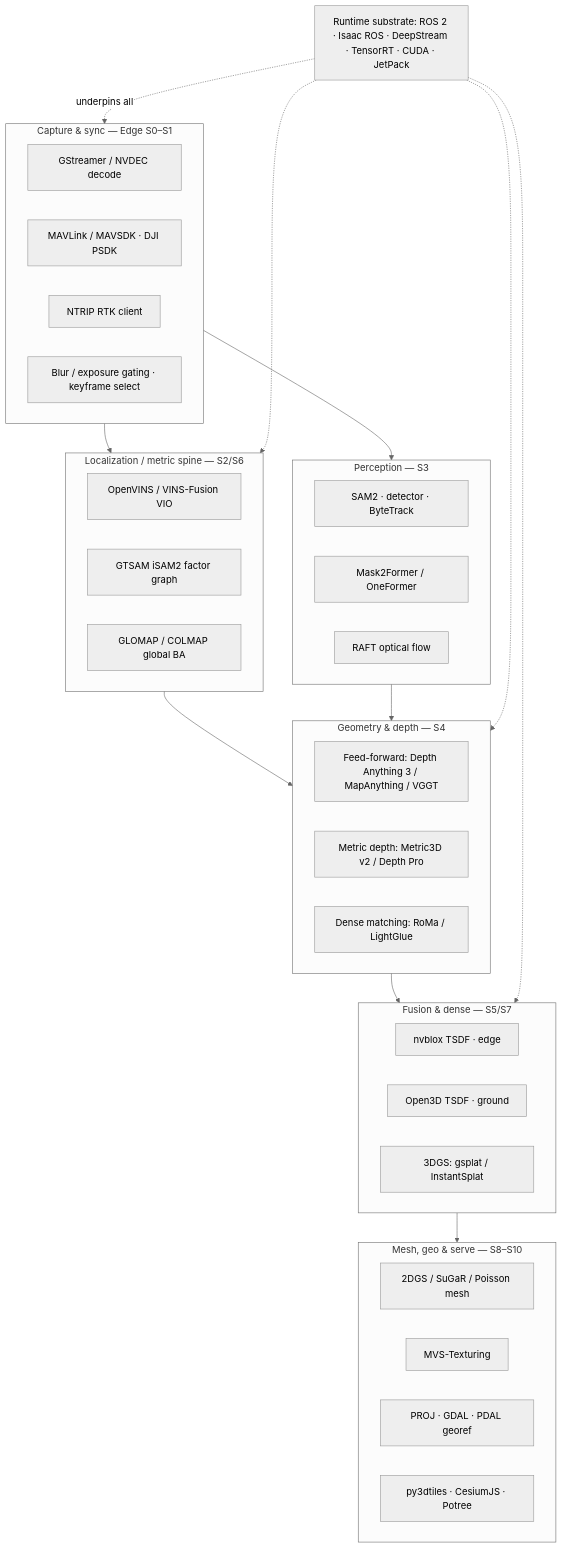
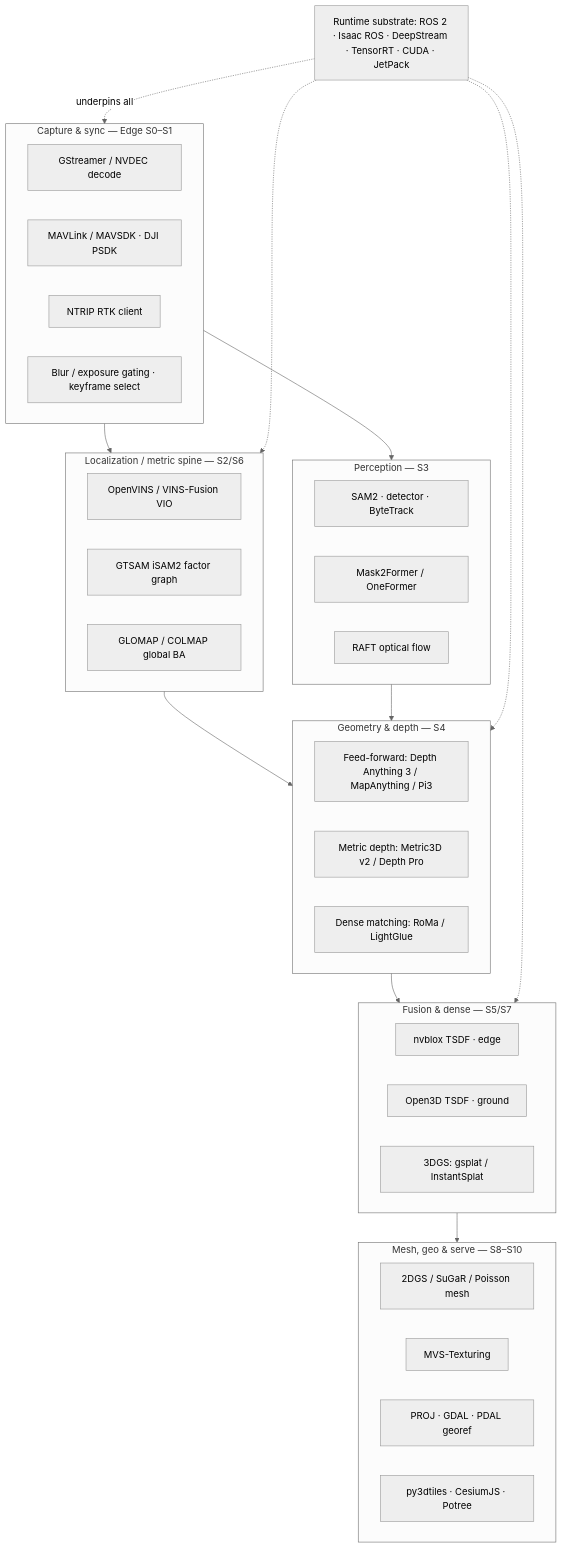
One commit to suryanarayan100406/rtos changed the diagram in docs/03-TECHNOLOGY-STACK.md. Above: the diagram before and after it, drawn with Mermaid (neutral theme). The commit also changed other lines of this file and 17 other files, not shown here.

````diff
--- a/docs/03-TECHNOLOGY-STACK.md
+++ b/docs/03-TECHNOLOGY-STACK.md
@@ -34,42 +36,42 @@
 ```mermaid
 flowchart TB
   subgraph CAP["Capture & sync — Edge S0–S1"]
     A1[GStreamer / NVDEC decode]
     A2[MAVLink / MAVSDK · DJI PSDK]
     A3[NTRIP RTK client]
     A4[Blur / exposure gating · keyframe select]
   end
   subgraph LOC["Localization / metric spine — S2/S6"]
     B1[OpenVINS / VINS-Fusion VIO]
     B2[GTSAM iSAM2 factor graph]
     B3[GLOMAP / COLMAP global BA]
   end
   subgraph PER["Perception — S3"]
     C1[SAM2 · detector · ByteTrack]
     C2[Mask2Former / OneFormer]
     C3[RAFT optical flow]
   end
   subgraph GEO["Geometry & depth — S4"]
-    D1[Feed-forward: Depth Anything 3 / MapAnything / VGGT]
+    D1[Feed-forward: Depth Anything 3 / MapAnything / Pi3]
     D2[Metric depth: Metric3D v2 / Depth Pro]
     D3[Dense matching: RoMa / LightGlue]
   end
   subgraph FUS["Fusion & dense — S5/S7"]
     E1[nvblox TSDF · edge]
     E2[Open3D TSDF · ground]
     E3[3DGS: gsplat / InstantSplat]
   end
   subgraph OUT["Mesh, geo & serve — S8–S10"]
     F1[2DGS / SuGaR / Poisson mesh]
     F2[MVS-Texturing]
     F3[PROJ · GDAL · PDAL georef]
     F4[py3dtiles · CesiumJS · Potree]
   end
   RUN["Runtime substrate: ROS 2 · Isaac ROS · DeepStream · TensorRT · CUDA · JetPack"]
   CAP --> LOC --> GEO --> FUS --> OUT
   CAP --> PER --> GEO
   RUN -.underpins all.-> CAP
   RUN -.-> LOC
   RUN -.-> GEO
   RUN -.-> FUS
 ```
````
